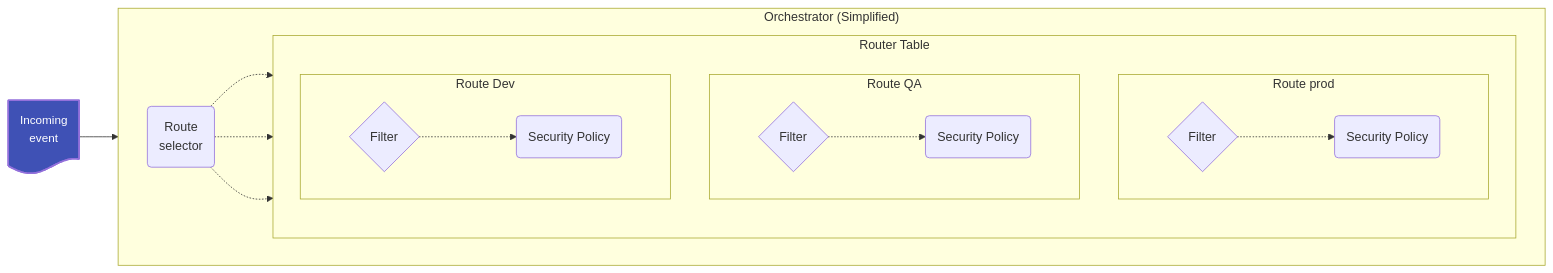
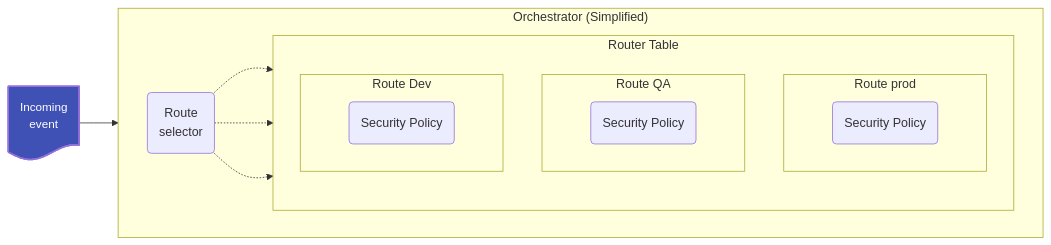
One commit to wazuh/wazuh changed the first of 15 diagrams in docs/ref/modules/engine/README.md. Above: the diagram before and after it, drawn with Mermaid. The commit also changed other lines of this file and 11 other files, not shown here.

````diff
--- a/docs/ref/modules/engine/README.md
+++ b/docs/ref/modules/engine/README.md
@@ -10,54 +10,48 @@
 ```mermaid
 flowchart LR
 
 classDef EventBoxClass font-size: 15px,stroke-width:2px, color:#fff, fill:#3f51b5
 
 %% Router Table
 subgraph routerTable["Router Table"]
   direction TB
 
   routeC
   routeB
   routeA
 
 
   subgraph routeA["Route prod"]
    direction LR
    policyA("Security Policy")
-   filterA{"Filter"}
-   filterA -.-> policyA
   end
 
   subgraph routeB["Route QA"]
    direction LR
    policyB("Security Policy")
-   filterB{"Filter"}
-   filterB -.-> policyB
   end
 
   subgraph routeC["Route Dev"]
    direction LR
    policyC("Security Policy")
-   filterC{"Filter"}
-   filterC -.-> policyC
   end
 end
 
 %% Orchestrator
 subgraph orchestrator["Orchestrator (Simplified)"]
   direction LR
   %% Router Table
 
   routeSelector("Route</br>selector")
   routerTable
 end
 
 
 %% Routes
 eventA@{ shape: doc, label: "Incoming</br>event" }
 eventA:::EventBoxClass
 eventA-->routeSelector
-routeSelector-.->filterA & filterB & filterC
+routeSelector-.->policyA & policyB & policyC
 
 
 ```
````
